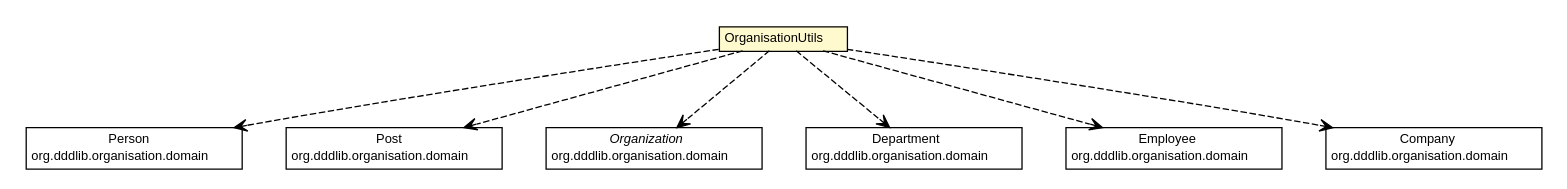
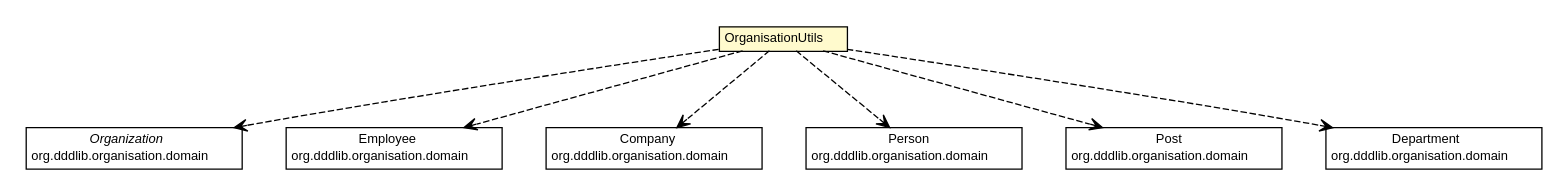
The diagram in testapidocs/org/dddlib/organisation/utils/OrganisationUtils.dot (dayatang/dddlib), drawn with Graphviz before and after one commit. The commit also changed 1521 other files, not shown here.

```diff
--- a/testapidocs/org/dddlib/organisation/utils/OrganisationUtils.dot
+++ b/testapidocs/org/dddlib/organisation/utils/OrganisationUtils.dot
@@ -1,72 +1,72 @@
 #!/usr/local/bin/dot
 #
 # Class diagram 
 # Generated by UMLGraph version R5_6_6-8-g8d7759 (http://www.umlgraph.org/)
 #
 
 digraph G {
 	edge [fontname="Helvetica",fontsize=10,labelfontname="Helvetica",labelfontsize=10];
 	node [fontname="Helvetica",fontsize=10,shape=plaintext];
 	nodesep=0.25;
 	ranksep=0.5;
 	// org.dddlib.organisation.utils.OrganisationUtils
 	c37447 [label=<<table title="org.dddlib.organisation.utils.OrganisationUtils" border="0" cellborder="1" cellspacing="0" cellpadding="2" port="p" bgcolor="lemonChiffon" href="./OrganisationUtils.html">
 		<tr><td><table border="0" cellspacing="0" cellpadding="1">
 <tr><td align="center" balign="center"> OrganisationUtils </td></tr>
 		</table></td></tr>
 		</table>>, URL="./OrganisationUtils.html", fontname="Helvetica", fontcolor="black", fontsize=10.0];
+	// org.dddlib.organisation.utils.OrganisationUtils DEPEND org.dddlib.organisation.domain.Organization
+	c37447:p -> c37451:p [taillabel="", label=" "headlabel="", fontname="Helvetica", fontcolor="black", fontsize=10.0, color="black", arrowhead=open, style=dashed];
+	// org.dddlib.organisation.utils.OrganisationUtils DEPEND org.dddlib.organisation.domain.Employee
+	c37447:p -> c37452:p [taillabel="", label=" "headlabel="", fontname="Helvetica", fontcolor="black", fontsize=10.0, color="black", arrowhead=open, style=dashed];
+	// org.dddlib.organisation.utils.OrganisationUtils DEPEND org.dddlib.organisation.domain.Company
+	c37447:p -> c37453:p [taillabel="", label=" "headlabel="", fontname="Helvetica", fontcolor="black", fontsize=10.0, color="black", arrowhead=open, style=dashed];
 	// org.dddlib.organisation.utils.OrganisationUtils DEPEND org.dddlib.organisation.domain.Person
-	c37447:p -> c37454:p [taillabel="", label=" "headlabel="", fontname="Helvetica", fontcolor="black", fontsize=10.0, color="black", arrowhead=open, style=dashed];
+	c37447:p -> c37457:p [taillabel="", label=" "headlabel="", fontname="Helvetica", fontcolor="black", fontsize=10.0, color="black", arrowhead=open, style=dashed];
 	// org.dddlib.organisation.utils.OrganisationUtils DEPEND org.dddlib.organisation.domain.Post
-	c37447:p -> c37456:p [taillabel="", label=" "headlabel="", fontname="Helvetica", fontcolor="black", fontsize=10.0, color="black", arrowhead=open, style=dashed];
-	// org.dddlib.organisation.utils.OrganisationUtils DEPEND org.dddlib.organisation.domain.Organization
-	c37447:p -> c37457:p [taillabel="", label=" "headlabel="", fontname="Helvetica", fontcolor="black", fontsize=10.0, color="black", arrowhead=open, style=dashed];
+	c37447:p -> c37459:p [taillabel="", label=" "headlabel="", fontname="Helvetica", fontcolor="black", fontsize=10.0, color="black", arrowhead=open, style=dashed];
 	// org.dddlib.organisation.utils.OrganisationUtils DEPEND org.dddlib.organisation.domain.Department
-	c37447:p -> c37458:p [taillabel="", label=" "headlabel="", fontname="Helvetica", fontcolor="black", fontsize=10.0, color="black", arrowhead=open, style=dashed];
-	// org.dddlib.organisation.utils.OrganisationUtils DEPEND org.dddlib.organisation.domain.Employee
-	c37447:p -> c37459:p [taillabel="", label=" "headlabel="", fontname="Helvetica", fontcolor="black", fontsize=10.0, color="black", arrowhead=open, style=dashed];
-	// org.dddlib.organisation.utils.OrganisationUtils DEPEND org.dddlib.organisation.domain.Company
 	c37447:p -> c37460:p [taillabel="", label=" "headlabel="", fontname="Helvetica", fontcolor="black", fontsize=10.0, color="black", arrowhead=open, style=dashed];
 	// org.dddlib.organisation.domain.Employee
-	c37459 [label=<<table title="org.dddlib.organisation.domain.Employee" border="0" cellborder="1" cellspacing="0" cellpadding="2" port="p" href="http://java.sun.com/j2se/1.4.2/docs/api/org/dddlib/organisation/domain/Employee.html">
+	c37452 [label=<<table title="org.dddlib.organisation.domain.Employee" border="0" cellborder="1" cellspacing="0" cellpadding="2" port="p" href="http://java.sun.com/j2se/1.4.2/docs/api/org/dddlib/organisation/domain/Employee.html">
 		<tr><td><table border="0" cellspacing="0" cellpadding="1">
 <tr><td align="center" balign="center"> Employee </td></tr>
 <tr><td align="center" balign="center"> org.dddlib.organisation.domain </td></tr>
 		</table></td></tr>
 		</table>>, URL="http://java.sun.com/j2se/1.4.2/docs/api/org/dddlib/organisation/domain/Employee.html", fontname="Helvetica", fontcolor="black", fontsize=10.0];
 	// org.dddlib.organisation.domain.Post
-	c37456 [label=<<table title="org.dddlib.organisation.domain.Post" border="0" cellborder="1" cellspacing="0" cellpadding="2" port="p" href="http://java.sun.com/j2se/1.4.2/docs/api/org/dddlib/organisation/domain/Post.html">
+	c37459 [label=<<table title="org.dddlib.organisation.domain.Post" border="0" cellborder="1" cellspacing="0" cellpadding="2" port="p" href="http://java.sun.com/j2se/1.4.2/docs/api/org/dddlib/organisation/domain/Post.html">
 		<tr><td><table border="0" cellspacing="0" cellpadding="1">
 <tr><td align="center" balign="center"> Post </td></tr>
 <tr><td align="center" balign="center"> org.dddlib.organisation.domain </td></tr>
 		</table></td></tr>
 		</table>>, URL="http://java.sun.com/j2se/1.4.2/docs/api/org/dddlib/organisation/domain/Post.html", fontname="Helvetica", fontcolor="black", fontsize=10.0];
 	// org.dddlib.organisation.domain.Department
-	c37458 [label=<<table title="org.dddlib.organisation.domain.Department" border="0" cellborder="1" cellspacing="0" cellpadding="2" port="p" href="http://java.sun.com/j2se/1.4.2/docs/api/org/dddlib/organisation/domain/Department.html">
+	c37460 [label=<<table title="org.dddlib.organisation.domain.Department" border="0" cellborder="1" cellspacing="0" cellpadding="2" port="p" href="http://java.sun.com/j2se/1.4.2/docs/api/org/dddlib/organisation/domain/Department.html">
 		<tr><td><table border="0" cellspacing="0" cellpadding="1">
 <tr><td align="center" balign="center"> Department </td></tr>
 <tr><td align="center" balign="center"> org.dddlib.organisation.domain </td></tr>
 		</table></td></tr>
 		</table>>, URL="http://java.sun.com/j2se/1.4.2/docs/api/org/dddlib/organisation/domain/Department.html", fontname="Helvetica", fontcolor="black", fontsize=10.0];
 	// org.dddlib.organisation.domain.Person
-	c37454 [label=<<table title="org.dddlib.organisation.domain.Person" border="0" cellborder="1" cellspacing="0" cellpadding="2" port="p" href="http://java.sun.com/j2se/1.4.2/docs/api/org/dddlib/organisation/domain/Person.html">
+	c37457 [label=<<table title="org.dddlib.organisation.domain.Person" border="0" cellborder="1" cellspacing="0" cellpadding="2" port="p" href="http://java.sun.com/j2se/1.4.2/docs/api/org/dddlib/organisation/domain/Person.html">
 		<tr><td><table border="0" cellspacing="0" cellpadding="1">
 <tr><td align="center" balign="center"> Person </td></tr>
 <tr><td align="center" balign="center"> org.dddlib.organisation.domain </td></tr>
 		</table></td></tr>
 		</table>>, URL="http://java.sun.com/j2se/1.4.2/docs/api/org/dddlib/organisation/domain/Person.html", fontname="Helvetica", fontcolor="black", fontsize=10.0];
 	// org.dddlib.organisation.domain.Company
-	c37460 [label=<<table title="org.dddlib.organisation.domain.Company" border="0" cellborder="1" cellspacing="0" cellpadding="2" port="p" href="http://java.sun.com/j2se/1.4.2/docs/api/org/dddlib/organisation/domain/Company.html">
+	c37453 [label=<<table title="org.dddlib.organisation.domain.Company" border="0" cellborder="1" cellspacing="0" cellpadding="2" port="p" href="http://java.sun.com/j2se/1.4.2/docs/api/org/dddlib/organisation/domain/Company.html">
 		<tr><td><table border="0" cellspacing="0" cellpadding="1">
 <tr><td align="center" balign="center"> Company </td></tr>
 <tr><td align="center" balign="center"> org.dddlib.organisation.domain </td></tr>
 		</table></td></tr>
 		</table>>, URL="http://java.sun.com/j2se/1.4.2/docs/api/org/dddlib/organisation/domain/Company.html", fontname="Helvetica", fontcolor="black", fontsize=10.0];
 	// org.dddlib.organisation.domain.Organization
-	c37457 [label=<<table title="org.dddlib.organisation.domain.Organization" border="0" cellborder="1" cellspacing="0" cellpadding="2" port="p" href="http://java.sun.com/j2se/1.4.2/docs/api/org/dddlib/organisation/domain/Organization.html">
+	c37451 [label=<<table title="org.dddlib.organisation.domain.Organization" border="0" cellborder="1" cellspacing="0" cellpadding="2" port="p" href="http://java.sun.com/j2se/1.4.2/docs/api/org/dddlib/organisation/domain/Organization.html">
 		<tr><td><table border="0" cellspacing="0" cellpadding="1">
 <tr><td align="center" balign="center"><font face="Helvetica-Oblique"> Organization </font></td></tr>
 <tr><td align="center" balign="center"> org.dddlib.organisation.domain </td></tr>
 		</table></td></tr>
 		</table>>, URL="http://java.sun.com/j2se/1.4.2/docs/api/org/dddlib/organisation/domain/Organization.html", fontname="Helvetica", fontcolor="black", fontsize=10.0];
 }
```
